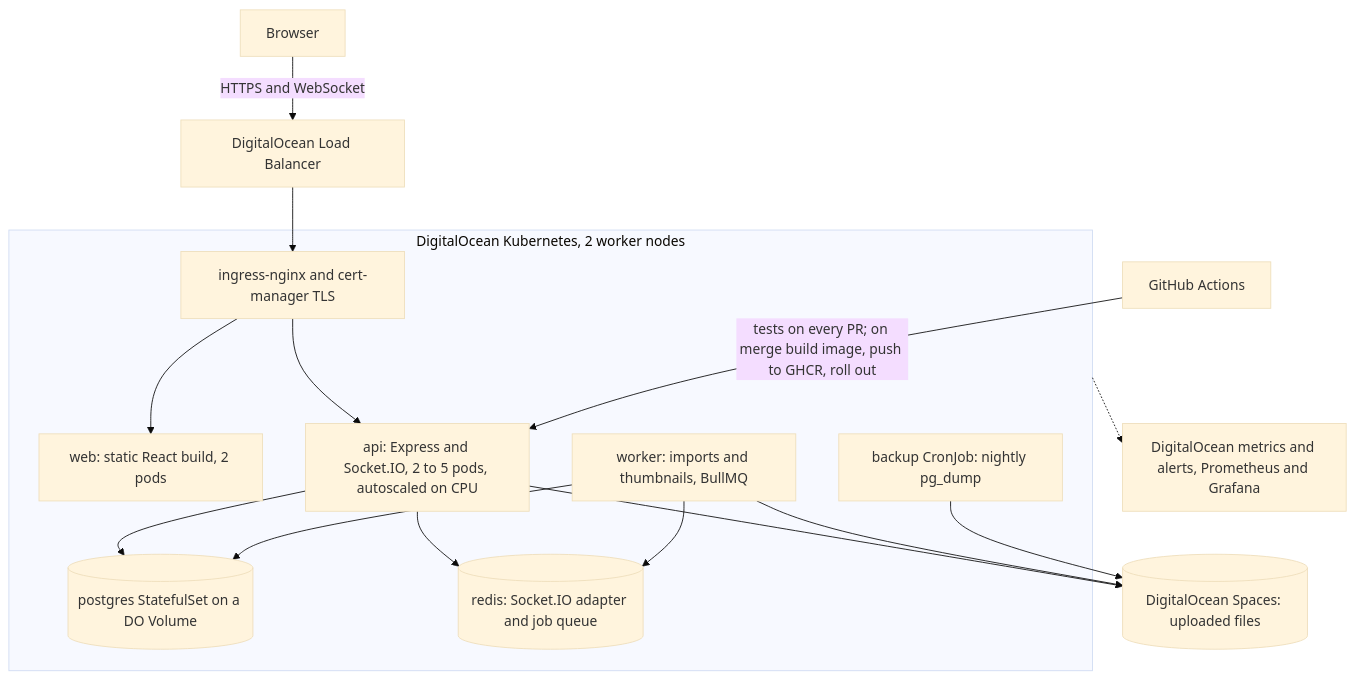
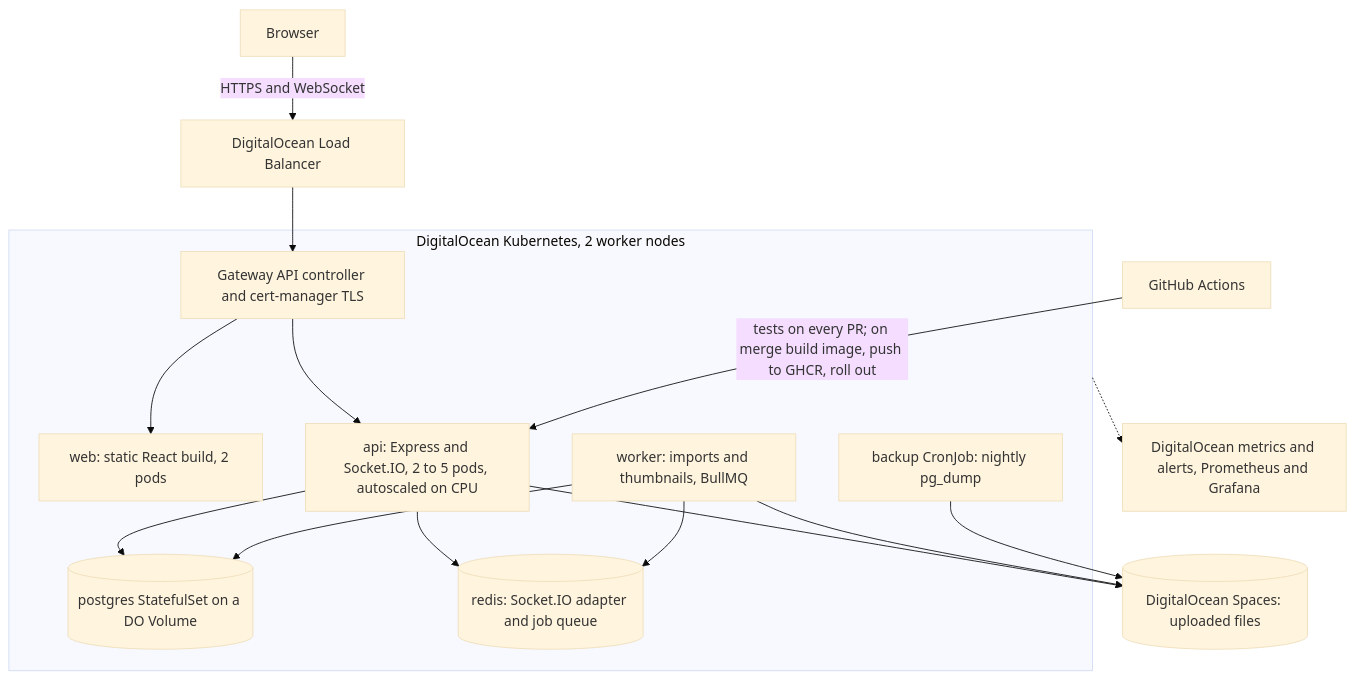
One commit to nabeegh-khan/contentcollab changed the diagram in docs/ARCHITECTURE.md. Above: the diagram before and after it, drawn with Mermaid (base theme). The commit also changed other lines of this file and 3 other files, not shown here.

Commit message:
docs: replace ingress-nginx with Gateway API

````diff
--- a/docs/ARCHITECTURE.md
+++ b/docs/ARCHITECTURE.md
@@ -11,25 +11,25 @@
 ```mermaid
 flowchart TB
   U[Browser] -->|HTTPS and WebSocket| LB[DigitalOcean Load Balancer]
   subgraph DOKS[DigitalOcean Kubernetes, 2 worker nodes]
-    I[ingress-nginx and cert-manager TLS]
+    I[Gateway API controller and cert-manager TLS]
     W[web: static React build, 2 pods]
     A[api: Express and Socket.IO, 2 to 5 pods, autoscaled on CPU]
     K[worker: imports and thumbnails, BullMQ]
     P[(postgres StatefulSet on a DO Volume)]
     R[(redis: Socket.IO adapter and job queue)]
     B[backup CronJob: nightly pg_dump]
   end
   LB --> I
   I --> W
   I --> A
   A --> P
   A --> R
   K --> R
   K --> P
   A --> S[(DigitalOcean Spaces: uploaded files)]
   K --> S
   B --> S
   DOKS -.-> M[DigitalOcean metrics and alerts, Prometheus and Grafana]
   G[GitHub Actions] -->|tests on every PR; on merge build image, push to GHCR, roll out| A
 ```
````
